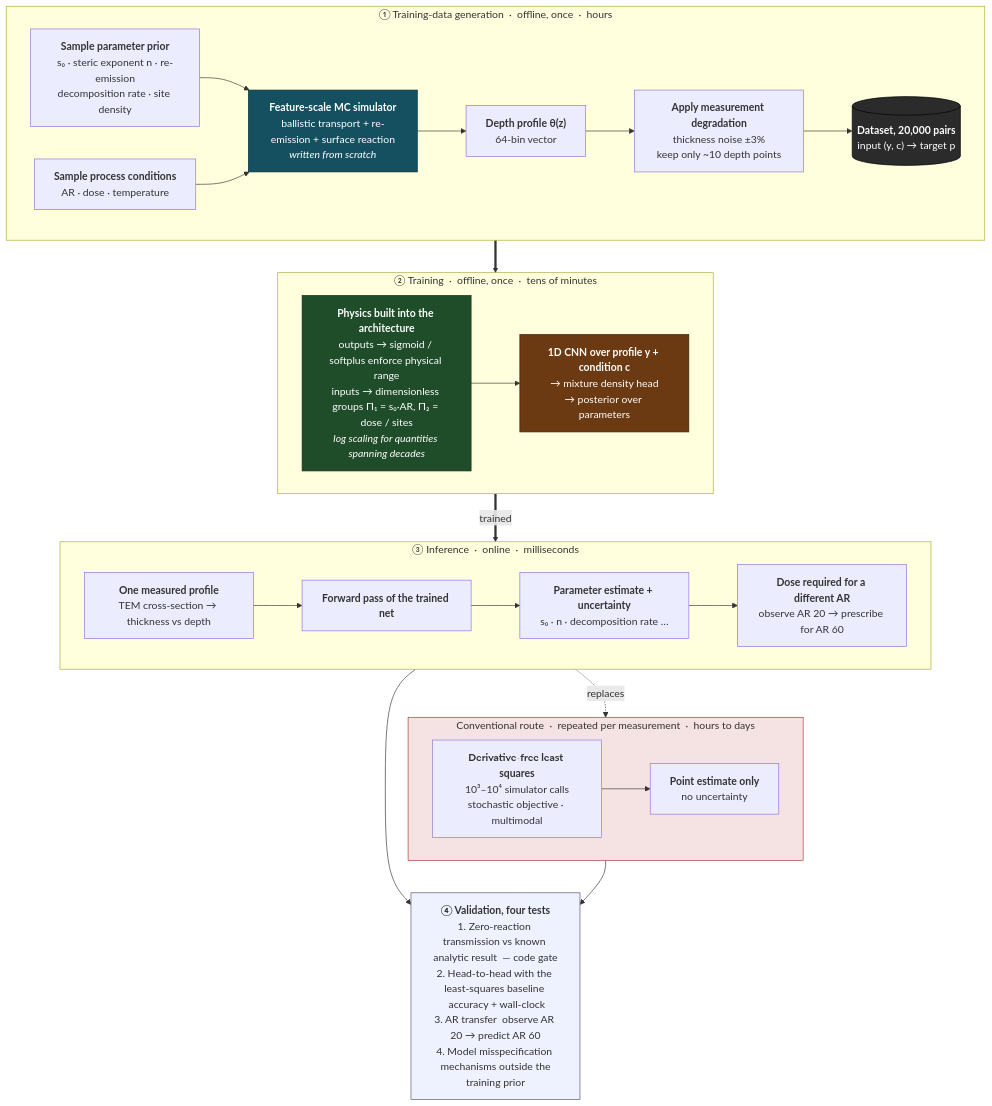
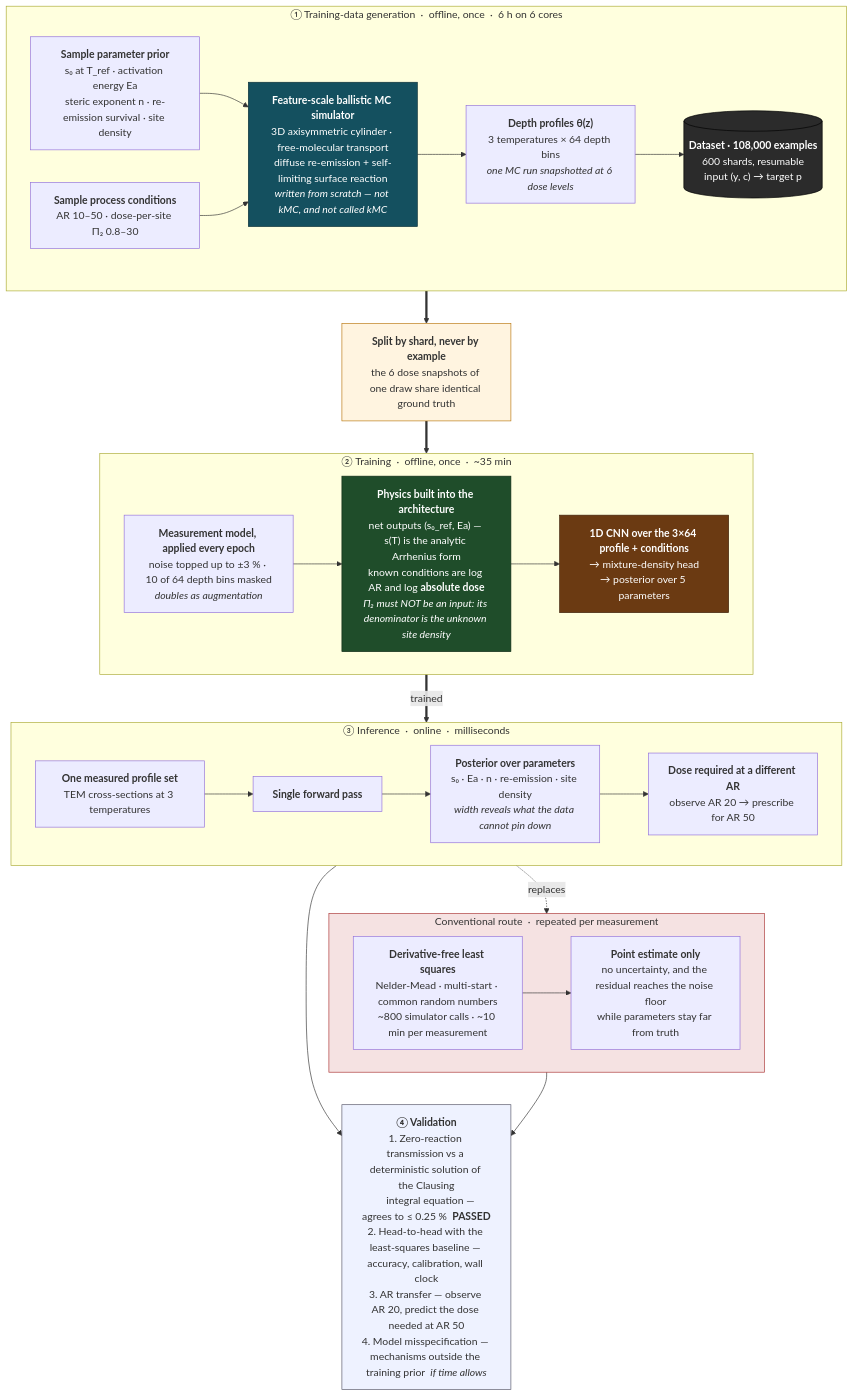
The diagram in docs/ald_inverse_workflow.mermaid (vkxlzptm/ald-conformality-inverse), drawn with Mermaid before and after one commit. The commit also changed 4 other files, not shown here.

```diff
--- a/docs/ald_inverse_workflow.mermaid
+++ b/docs/ald_inverse_workflow.mermaid
@@ -1,51 +1,54 @@
 flowchart TB
-    subgraph GEN["① Training-data generation &nbsp;·&nbsp; offline, once &nbsp;·&nbsp; hours"]
+    subgraph GEN["① Training-data generation &nbsp;·&nbsp; offline, once &nbsp;·&nbsp; 6 h on 6 cores"]
     direction LR
-        P["<b>Sample parameter prior</b><br/>s₀ · steric exponent n · re-emission<br/>decomposition rate · site density"]
-        C["<b>Sample process conditions</b><br/>AR · dose · temperature"]
-        SIM["<b>Feature-scale MC simulator</b><br/>ballistic transport + re-emission + surface reaction<br/><i>written from scratch</i>"]
-        Y["<b>Depth profile θ(z)</b><br/>64-bin vector"]
-        NZ["<b>Apply measurement degradation</b><br/>thickness noise ±3%<br/>keep only ~10 depth points"]
-        DS[("<b>Dataset, 20,000 pairs</b><br/>input (y, c) → target p")]
+        P["<b>Sample parameter prior</b><br/>s₀ at T_ref · activation energy Ea<br/>steric exponent n · re-emission survival · site density"]
+        C["<b>Sample process conditions</b><br/>AR 10–50 · dose-per-site Π₂ 0.8–30"]
+        SIM["<b>Feature-scale ballistic MC simulator</b><br/>3D axisymmetric cylinder · free-molecular transport<br/>diffuse re-emission + self-limiting surface reaction<br/><i>written from scratch — not kMC, and not called kMC</i>"]
+        Y["<b>Depth profiles θ(z)</b><br/>3 temperatures × 64 depth bins<br/><i>one MC run snapshotted at 6 dose levels</i>"]
+        DS[("<b>Dataset · 108,000 examples</b><br/>600 shards, resumable<br/>input (y, c) → target p")]
         P --> SIM
         C --> SIM
-        SIM --> Y --> NZ --> DS
+        SIM --> Y --> DS
     end
 
-    subgraph LEARN["② Training &nbsp;·&nbsp; offline, once &nbsp;·&nbsp; tens of minutes"]
+    subgraph LEARN["② Training &nbsp;·&nbsp; offline, once &nbsp;·&nbsp; ~35 min"]
     direction LR
-        EMB["<b>Physics built into the architecture</b><br/>outputs → sigmoid / softplus enforce physical range<br/>inputs → dimensionless groups Π₁ = s₀·AR, Π₂ = dose / sites<br/><i>log scaling for quantities spanning decades</i>"]
-        NET["<b>1D CNN over profile y + condition c</b><br/>→ mixture density head<br/>→ posterior over parameters"]
-        EMB --> NET
+        OBS["<b>Measurement model, applied every epoch</b><br/>noise topped up to ±3 % · 10 of 64 depth bins masked<br/><i>doubles as augmentation</i>"]
+        EMB["<b>Physics built into the architecture</b><br/>net outputs (s₀_ref, Ea) — s(T) is the analytic Arrhenius form<br/>known conditions are log AR and log <b>absolute dose</b><br/><i>Π₂ must NOT be an input: its denominator is the unknown site density</i>"]
+        NET["<b>1D CNN over the 3×64 profile + conditions</b><br/>→ mixture-density head<br/>→ posterior over 5 parameters"]
+        OBS --> EMB --> NET
     end
 
     subgraph USE["③ Inference &nbsp;·&nbsp; online &nbsp;·&nbsp; milliseconds"]
     direction LR
-        MEAS["<b>One measured profile</b><br/>TEM cross-section → thickness vs depth"]
-        INF["<b>Forward pass of the trained net</b>"]
-        EST["<b>Parameter estimate + uncertainty</b><br/>s₀ · n · decomposition rate …"]
-        PRED["<b>Dose required for a different AR</b><br/>observe AR 20 → prescribe for AR 60"]
+        MEAS["<b>One measured profile set</b><br/>TEM cross-sections at 3 temperatures"]
+        INF["<b>Single forward pass</b>"]
+        EST["<b>Posterior over parameters</b><br/>s₀ · Ea · n · re-emission · site density<br/><i>width reveals what the data cannot pin down</i>"]
+        PRED["<b>Dose required at a different AR</b><br/>observe AR 20 → prescribe for AR 50"]
         MEAS --> INF --> EST --> PRED
     end
 
-    subgraph OLD["Conventional route &nbsp;·&nbsp; repeated per measurement &nbsp;·&nbsp; hours to days"]
+    subgraph OLD["Conventional route &nbsp;·&nbsp; repeated per measurement"]
     direction LR
-        LSQ["<b>Derivative-free least squares</b><br/>10³–10⁴ simulator calls<br/>stochastic objective · multimodal"]
-        EST2["<b>Point estimate only</b><br/>no uncertainty"]
+        LSQ["<b>Derivative-free least squares</b><br/>Nelder-Mead · multi-start · common random numbers<br/>~800 simulator calls · ~10 min per measurement"]
+        EST2["<b>Point estimate only</b><br/>no uncertainty, and the residual reaches the noise floor<br/>while parameters stay far from truth"]
         LSQ --> EST2
     end
 
-    VAL["<b>④ Validation, four tests</b><br/>1. Zero-reaction transmission vs known analytic result &nbsp;— code gate<br/>2. Head-to-head with the least-squares baseline &nbsp;accuracy + wall-clock<br/>3. AR transfer &nbsp;observe AR 20 → predict AR 60<br/>4. Model misspecification &nbsp;mechanisms outside the training prior"]
+    VAL["<b>④ Validation</b><br/>1. Zero-reaction transmission vs a deterministic solution of the Clausing<br/>&nbsp;&nbsp;&nbsp;&nbsp;integral equation — agrees to ≤ 0.25 % &nbsp;<b>PASSED</b><br/>2. Head-to-head with the least-squares baseline — accuracy, calibration, wall clock<br/>3. AR transfer — observe AR 20, predict the dose needed at AR 50<br/>4. Model misspecification — mechanisms outside the training prior &nbsp;<i>if time allows</i>"]
 
-    DS ==> LEARN
+    SPLIT["<b>Split by shard, never by example</b><br/>the 6 dose snapshots of one draw share identical ground truth"]
+
+    DS ==> SPLIT ==> LEARN
     LEARN ==trained==> USE
     USE -.replaces.-> OLD
     USE --> VAL
     OLD --> VAL
 
     style SIM fill:#14505f,color:#ffffff,stroke:#0b3038
     style NET fill:#6b3a12,color:#ffffff,stroke:#3d2009
     style EMB fill:#1f4d2a,color:#ffffff,stroke:#0f2a16
     style DS fill:#2b2b2b,color:#ffffff,stroke:#000000
+    style SPLIT fill:#fff4e0,stroke:#b9770e
     style OLD fill:#f5e2e2,stroke:#a33
     style VAL fill:#eef2ff,stroke:#556
```
